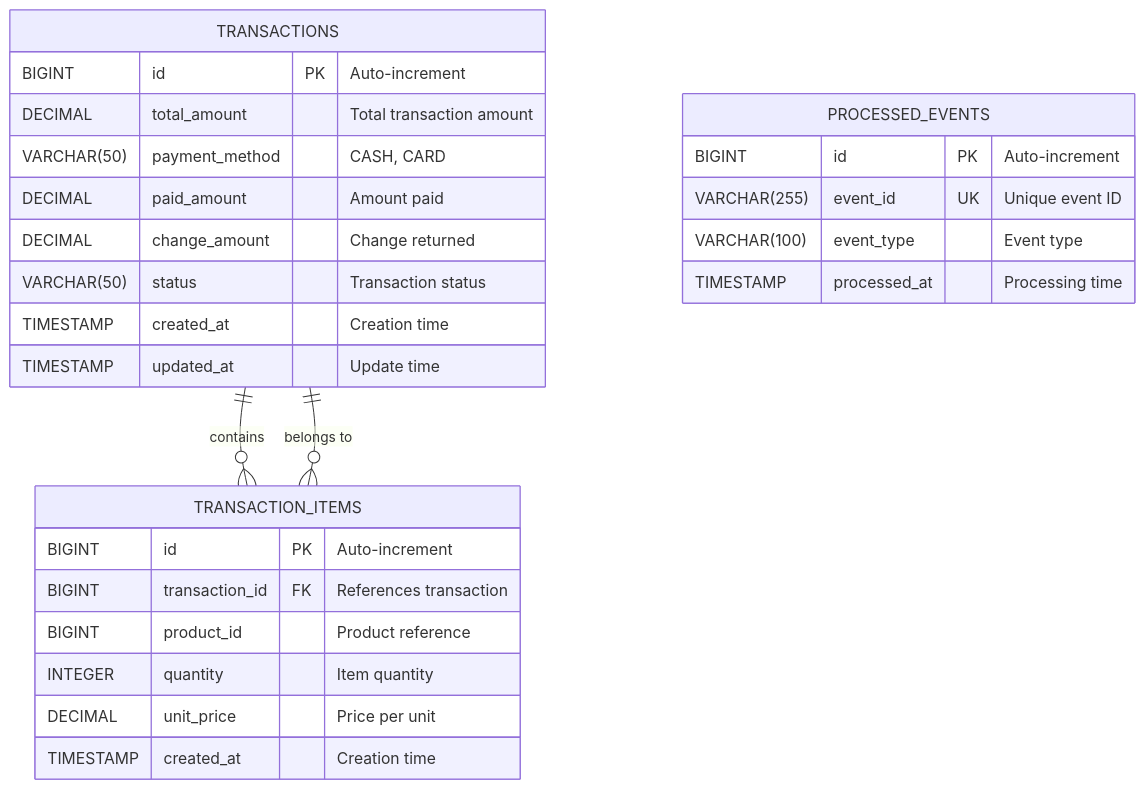
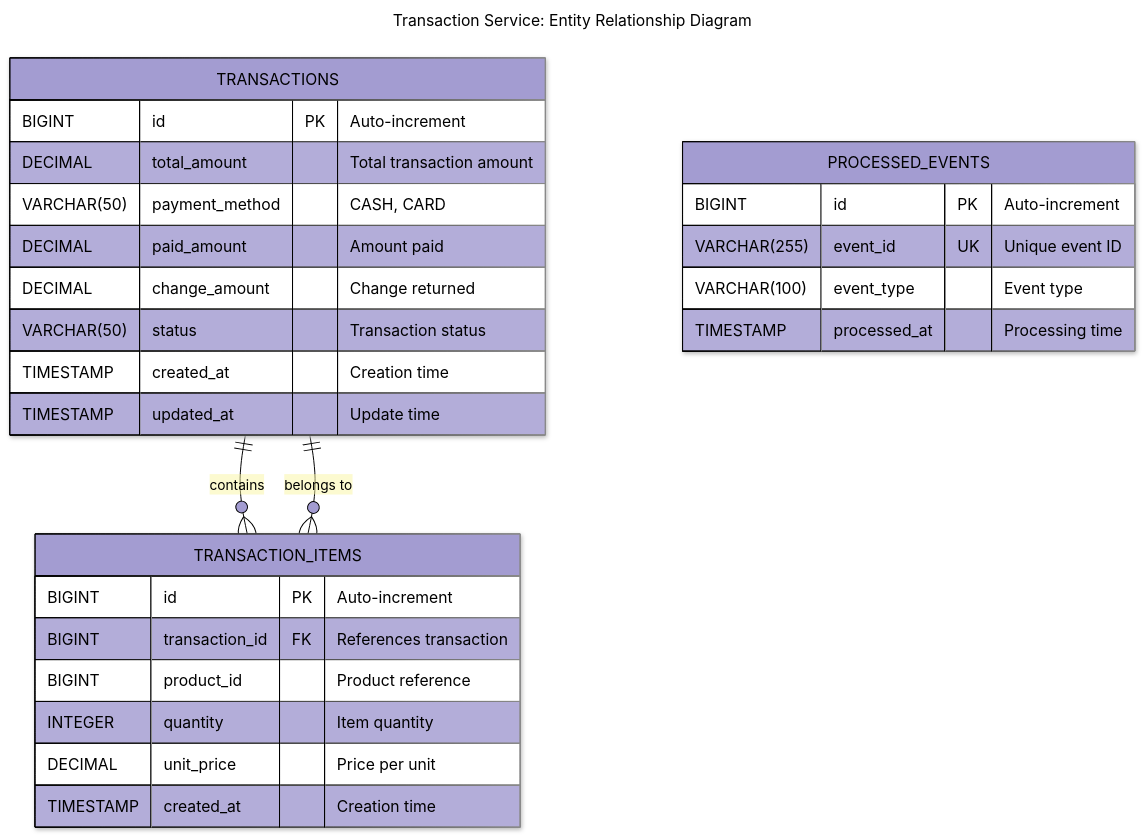
Before and after one commit to BrunoGil-AS/Vending-Machine-Microservices: the fourth of 8 diagrams in Documentation/diagrams/transaction-service.md, drawn with Mermaid. The commit also changed other lines of this file and 7 other files, not shown here.

Commit message:
docs: Update service diagrams with new configurations and titles

````diff
--- a/Documentation/diagrams/transaction-service.md
+++ b/Documentation/diagrams/transaction-service.md
@@ -202,32 +244,46 @@
 ```mermaid
+---
+config:
+  theme: base
+  themeVariables:
+    primaryColor: '#a39cd1ff'
+    primaryTextColor: '#000000'
+    secondaryTextColor: '#ffffffff'
+    primaryBorderColor: '#000000'
+    lineColor: '#000000ff'
+    secondaryColor: '#90b590ff'
+    tertiaryColor: '#f9f6a1ff'
+  look: neo
+title: 'Transaction Service: Entity Relationship Diagram'
+---
 erDiagram
     TRANSACTIONS ||--o{ TRANSACTION_ITEMS : contains
     TRANSACTION_ITEMS }o--|| TRANSACTIONS : "belongs to"
 
     TRANSACTIONS {
         BIGINT id PK "Auto-increment"
         DECIMAL total_amount "Total transaction amount"
         VARCHAR(50) payment_method "CASH, CARD"
         DECIMAL paid_amount "Amount paid"
         DECIMAL change_amount "Change returned"
         VARCHAR(50) status "Transaction status"
         TIMESTAMP created_at "Creation time"
         TIMESTAMP updated_at "Update time"
     }
 
     TRANSACTION_ITEMS {
         BIGINT id PK "Auto-increment"
         BIGINT transaction_id FK "References transaction"
         BIGINT product_id "Product reference"
         INTEGER quantity "Item quantity"
         DECIMAL unit_price "Price per unit"
         TIMESTAMP created_at "Creation time"
     }
 
     PROCESSED_EVENTS {
         BIGINT id PK "Auto-increment"
         VARCHAR(255) event_id UK "Unique event ID"
         VARCHAR(100) event_type "Event type"
         TIMESTAMP processed_at "Processing time"
     }
 ```
````
